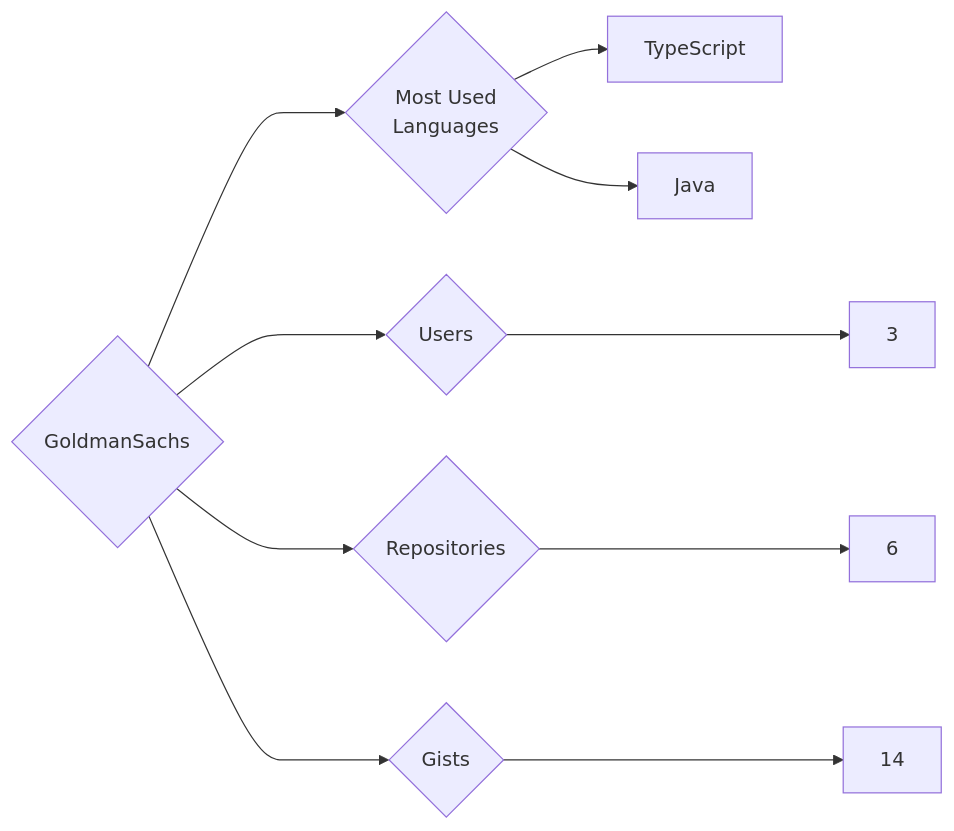
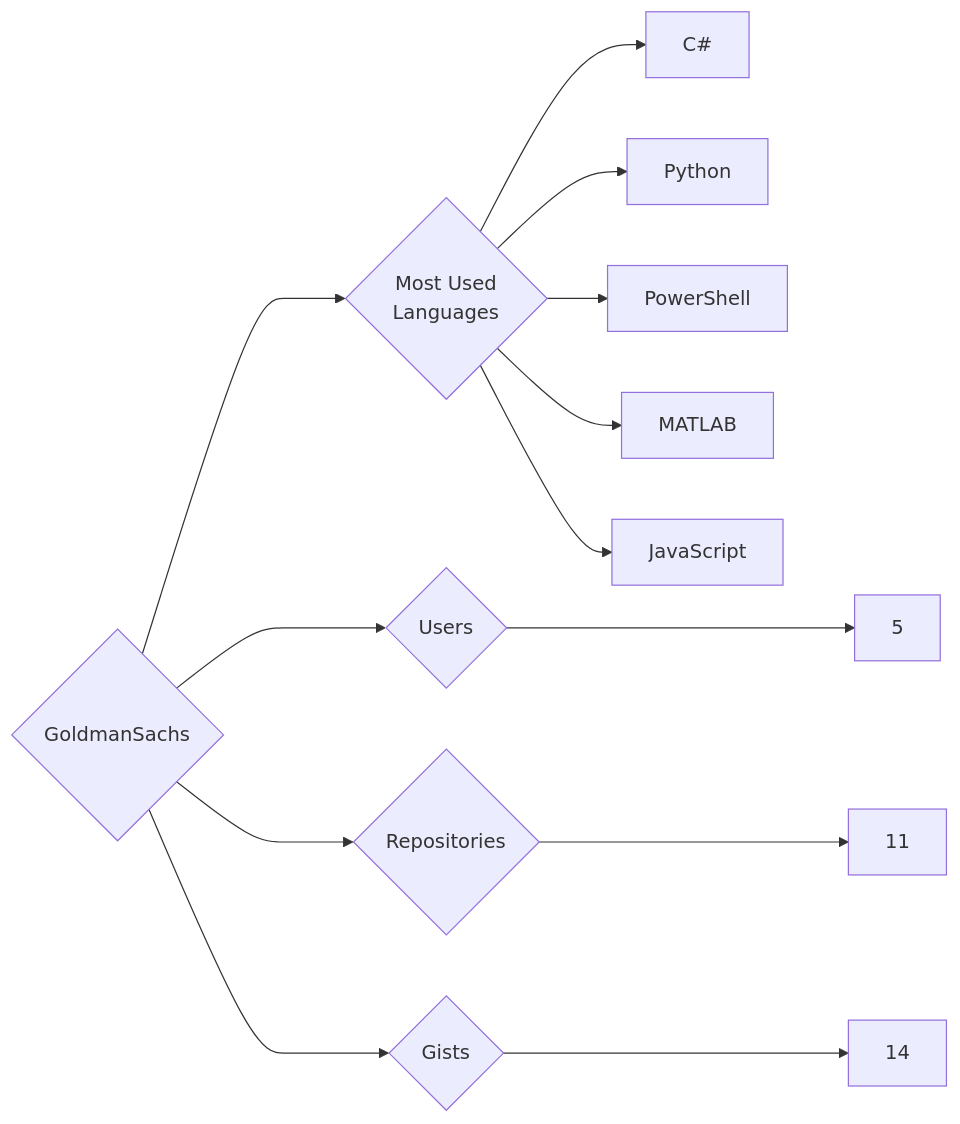
Before and after one commit to trickest/insiders: the diagram in targets/GoldmanSachs/README.md, drawn with Mermaid. The commit also changed 1003 other files, not shown here.

````diff
--- a/targets/GoldmanSachs/README.md
+++ b/targets/GoldmanSachs/README.md
@@ -3,10 +3,13 @@
 ```mermaid
 graph LR
 COMPANY_NAME{GoldmanSachs}
-COMPANY_NAME ---> U{Users} ---> UN[3]
-COMPANY_NAME ---> R{Repositories} ---> RN[6]
+COMPANY_NAME ---> U{Users} ---> UN[5]
+COMPANY_NAME ---> R{Repositories} ---> RN[11]
 COMPANY_NAME ---> G{Gists} ---> GN[14]
 COMPANY_NAME ---> ML{Most Used<br>Languages}
-ML --> TypeScript[TypeScript]
-ML --> Java[Java]
+ML --> C#[C#]
+ML --> Python[Python]
+ML --> PowerShell[PowerShell]
+ML --> MATLAB[MATLAB]
+ML --> JavaScript[JavaScript]
 ```
````
